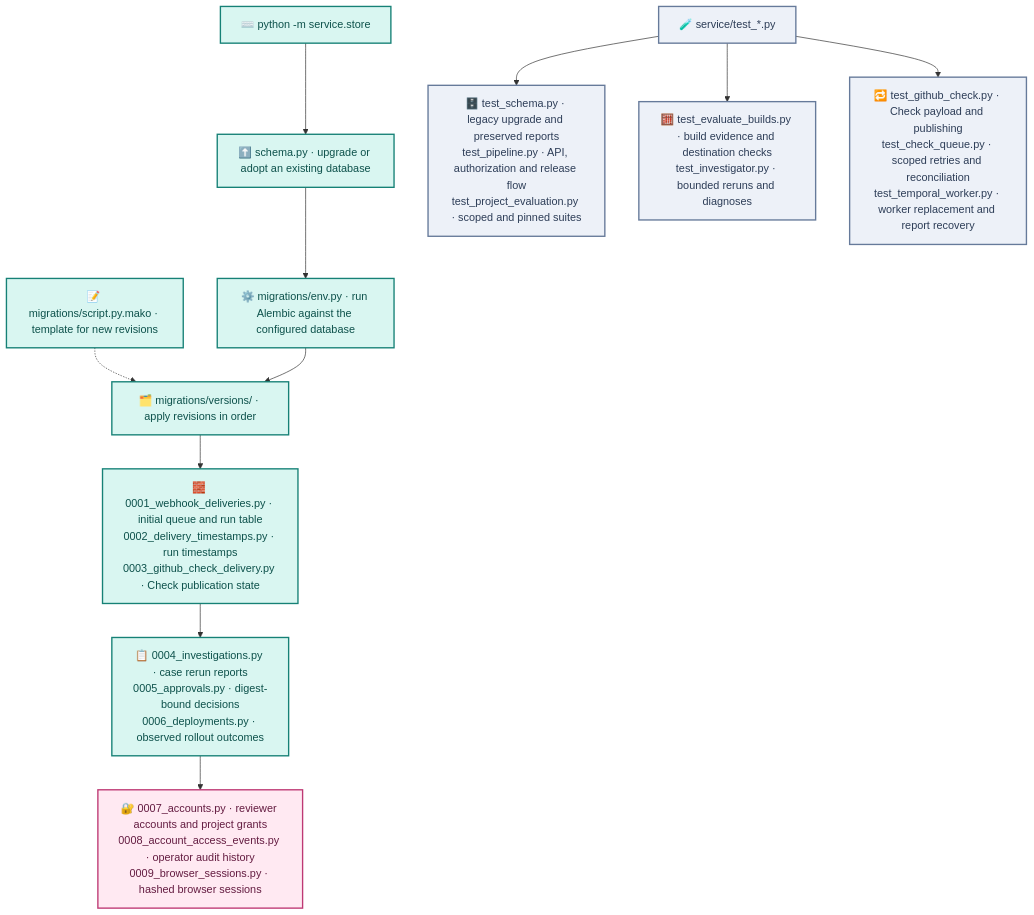
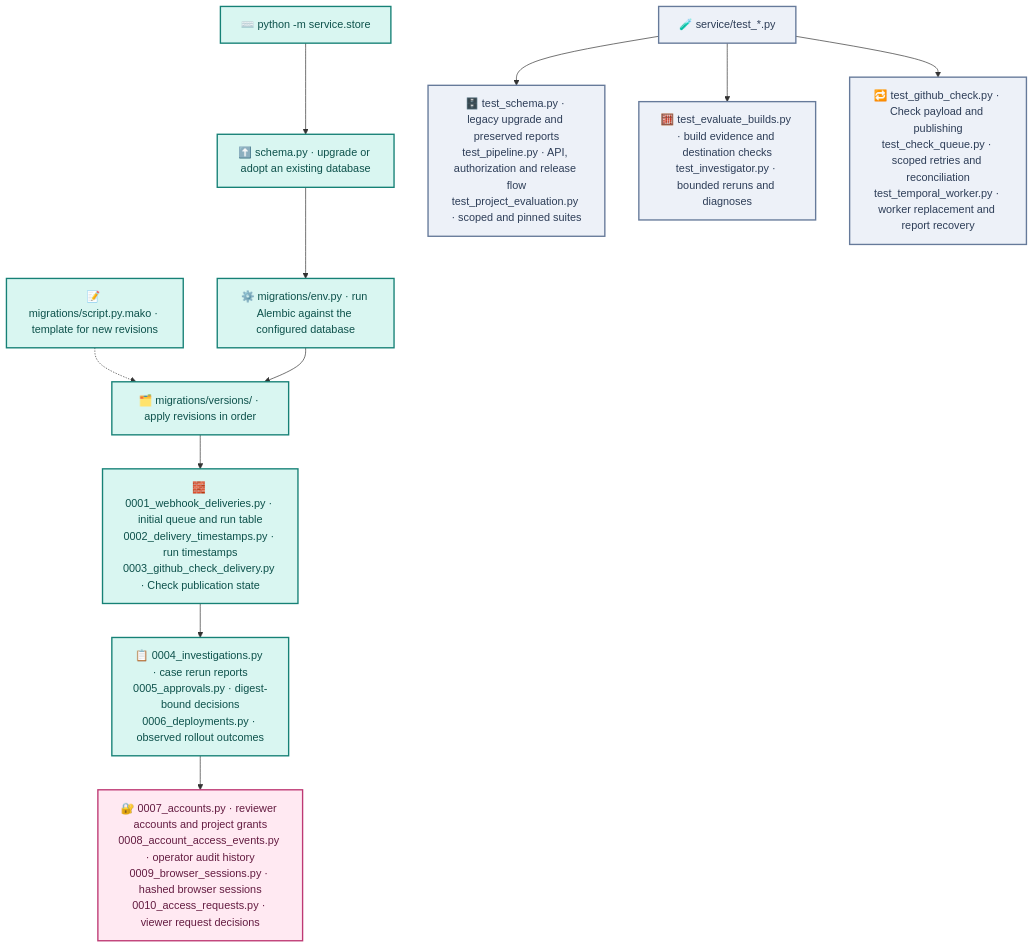
One commit to sujayv26/release-trace changed the fourth of 8 diagrams in docs/CODE_MAP.md. Above: the diagram before and after it, drawn with Mermaid. The commit also changed 16 other files, not shown here.

Commit message:
feat(access): let invited reviewers request project access

````diff
--- a/docs/CODE_MAP.md
+++ b/docs/CODE_MAP.md
@@ -138,20 +138,20 @@
 ```mermaid
 flowchart TB
     Command["⌨️ python -m service.store"] --> Upgrade["⬆️ schema.py · upgrade or adopt an existing database"]
     Upgrade --> Engine["⚙️ migrations/env.py · run Alembic against the configured database"]
     Template["📝 migrations/script.py.mako · template for new revisions"] -.-> Versions
     Engine --> Versions["🗂️ migrations/versions/ · apply revisions in order"]
     Versions --> Base["🧱 0001_webhook_deliveries.py · initial queue and run table<br/>0002_delivery_timestamps.py · run timestamps<br/>0003_github_check_delivery.py · Check publication state"]
     Base --> Evidence["📋 0004_investigations.py · case rerun reports<br/>0005_approvals.py · digest-bound decisions<br/>0006_deployments.py · observed rollout outcomes"]
-    Evidence --> Access["🔐 0007_accounts.py · reviewer accounts and project grants<br/>0008_account_access_events.py · operator audit history<br/>0009_browser_sessions.py · hashed browser sessions"]
+    Evidence --> Access["🔐 0007_accounts.py · reviewer accounts and project grants<br/>0008_account_access_events.py · operator audit history<br/>0009_browser_sessions.py · hashed browser sessions<br/>0010_access_requests.py · viewer request decisions"]
     Tests["🧪 service/test_*.py"] --> DataTests["🗄️ test_schema.py · legacy upgrade and preserved reports<br/>test_pipeline.py · API, authorization and release flow<br/>test_project_evaluation.py · scoped and pinned suites"]
     Tests --> LogicTests["🧮 test_evaluate_builds.py · build evidence and destination checks<br/>test_investigator.py · bounded reruns and diagnoses"]
     Tests --> RecoveryTests["🔁 test_github_check.py · Check payload and publishing<br/>test_check_queue.py · scoped retries and reconciliation<br/>test_temporal_worker.py · worker replacement and report recovery"]
 
     classDef data fill:#d9f6f1,stroke:#168176,color:#0d514b,stroke-width:2px
     class Command,Upgrade,Engine,Template,Versions,Base,Evidence data
     classDef access fill:#ffe9f2,stroke:#be3974,color:#641c41,stroke-width:2px
     class Access access
     classDef tool fill:#edf1f8,stroke:#667a9a,color:#2d3d57,stroke-width:2px
     class Tests,DataTests,LogicTests,RecoveryTests tool
 ```
````
